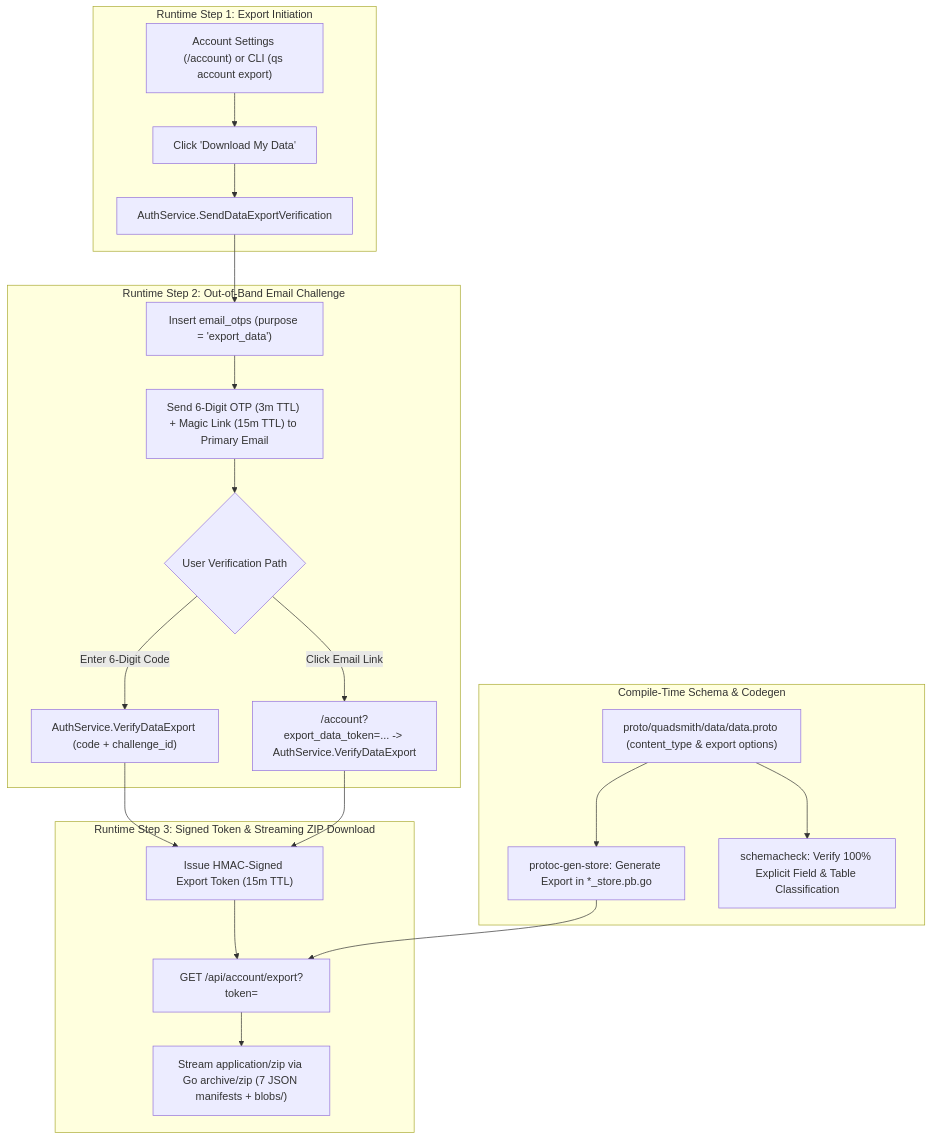
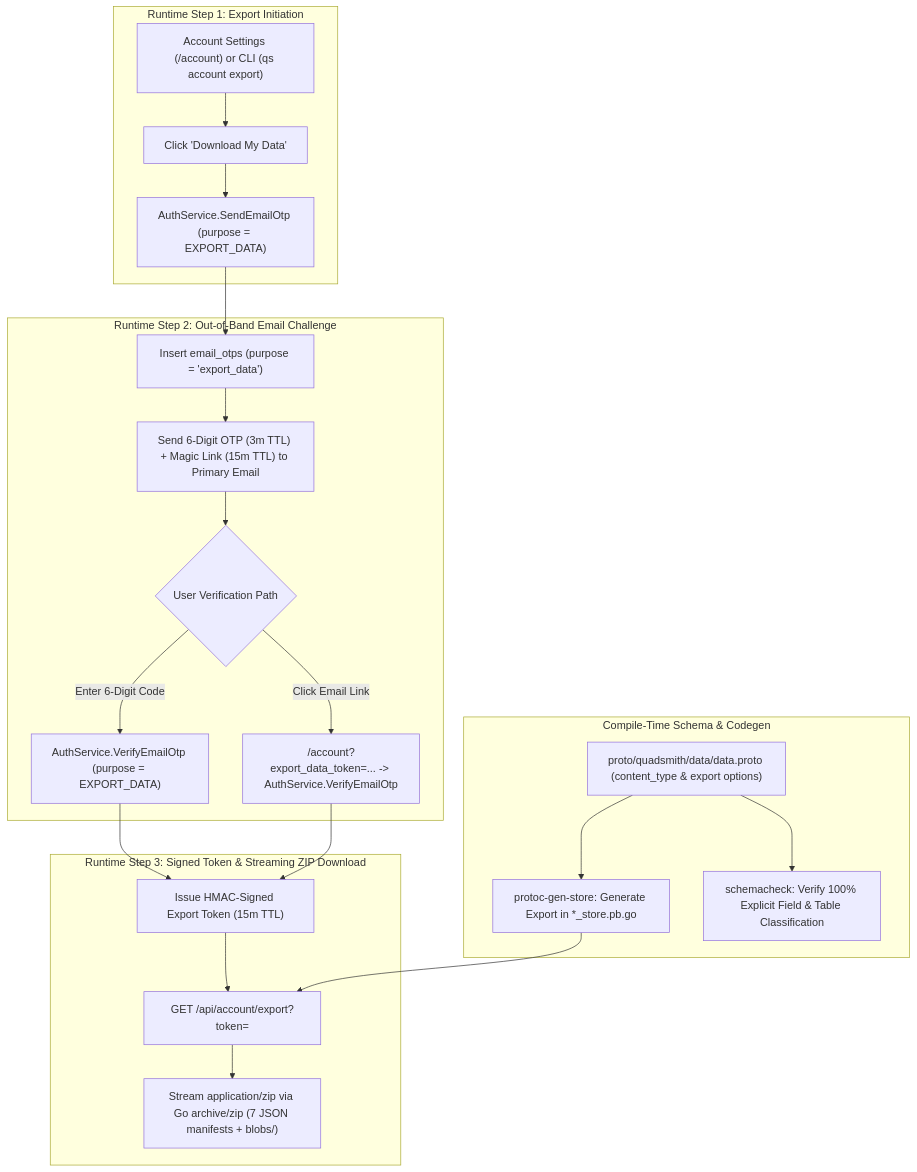
The diagram in docs/plans/gdpr_data_export.md (rohitramu/quadsmith), drawn with Mermaid before and after one commit. The commit also changed other lines of this file and 20 other files, not shown here.

First line of the commit message:
Unify email verification flows and fix GDPR download OTP dispatch

````diff
--- a/docs/plans/gdpr_data_export.md
+++ b/docs/plans/gdpr_data_export.md
@@ -84,28 +84,29 @@
 ```mermaid
 flowchart TD
     subgraph Compile-Time Schema & Codegen
         Proto["proto/quadsmith/data/data.proto (content_type & export options)"] --> StoreGen["protoc-gen-store: Generate Export<PluralName> in *_store.pb.go"]
         Proto --> SchemaCheck["schemacheck: Verify 100% Explicit Field & Table Classification"]
     end
 
     subgraph Runtime Step 1: Export Initiation
         UI["Account Settings (/account) or CLI (qs account export)"] --> Click["Click 'Download My Data'"]
-        Click --> SendRPC["AuthService.SendDataExportVerification"]
+        Click --> SendRPC["AuthService.SendEmailOtp (purpose = EXPORT_DATA)"]
     end
 
     subgraph Runtime Step 2: Out-of-Band Email Challenge
         SendRPC --> DBChallenge["Insert email_otps (purpose = 'export_data')"]
-        DBChallenge --> Email["Send 6-Digit OTP (3m TTL) + Magic Link (15m TTL) to Primary Email"]
+        Email["Send 6-Digit OTP (3m TTL) + Magic Link (15m TTL) to Primary Email"]
+        DBChallenge --> Email
         Email --> VerifyChoice{"User Verification Path"}
-        VerifyChoice -->|Enter 6-Digit Code| VerifyRPC["AuthService.VerifyDataExport (code + challenge_id)"]
-        VerifyChoice -->|Click Email Link| MagicRoute["/account?export_data_token=... -> AuthService.VerifyDataExport"]
+        VerifyChoice -->|Enter 6-Digit Code| VerifyRPC["AuthService.VerifyEmailOtp (purpose = EXPORT_DATA)"]
+        VerifyChoice -->|Click Email Link| MagicRoute["/account?export_data_token=... -> AuthService.VerifyEmailOtp"]
     end
 
     subgraph Runtime Step 3: Signed Token & Streaming ZIP Download
         VerifyRPC --> SignedToken["Issue HMAC-Signed Export Token (15m TTL)"]
         MagicRoute --> SignedToken
         SignedToken --> HTTPGet["GET /api/account/export?token=<export_token>"]
         StoreGen --> HTTPGet
         HTTPGet --> ZipStream["Stream application/zip via Go archive/zip (7 JSON manifests + blobs/)"]
     end
 ```
````
